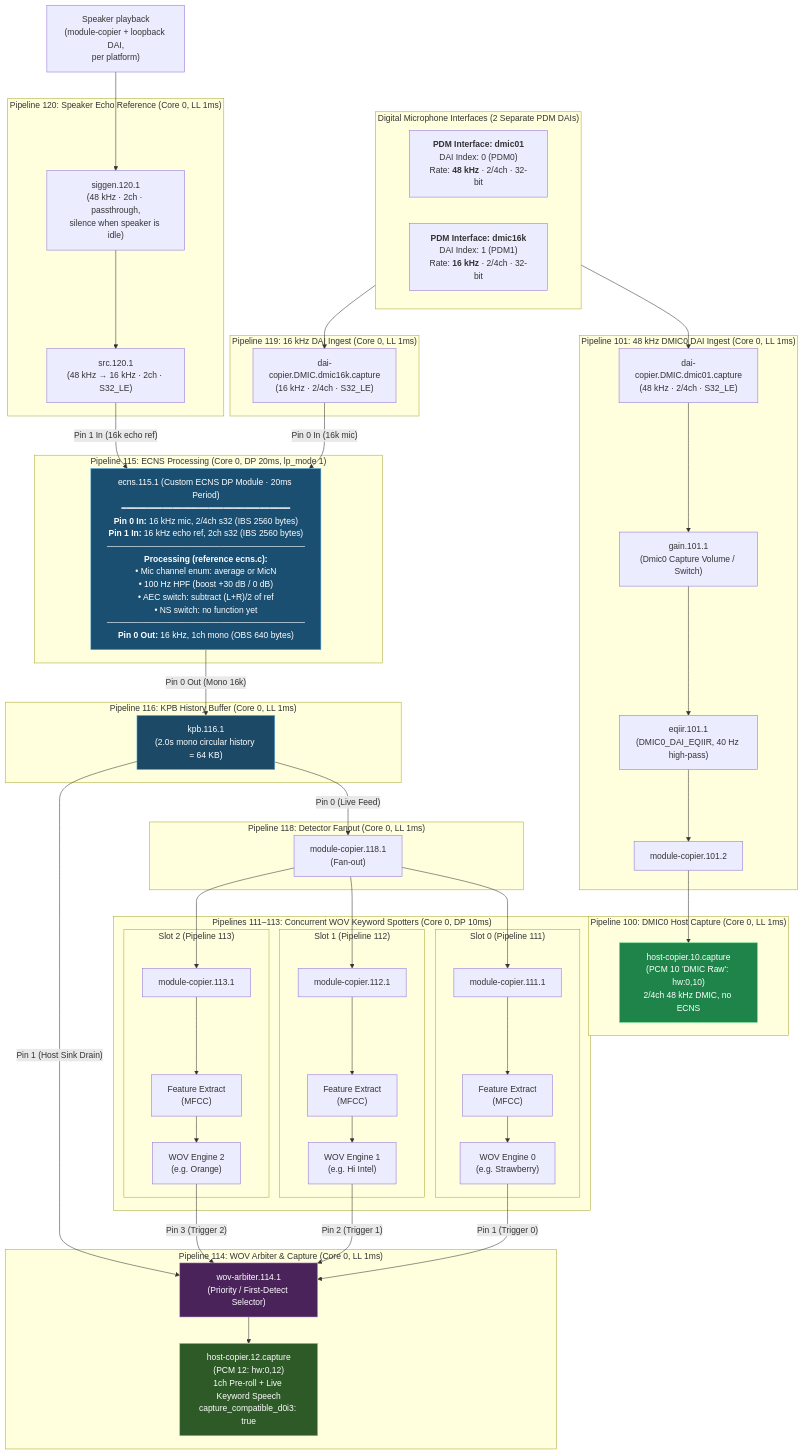
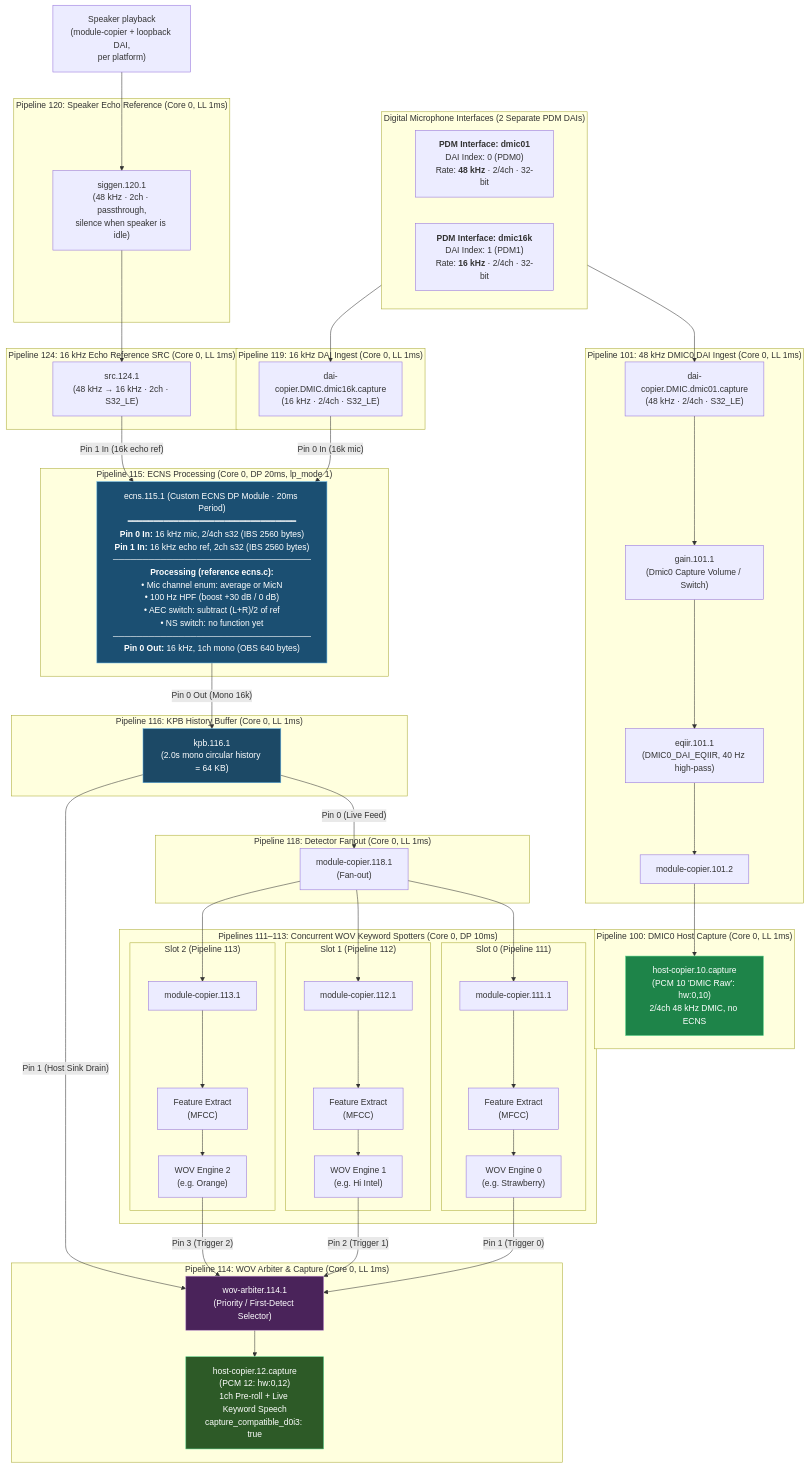
The first of 4 diagrams in doc/developer_guides/wov_ecns_integration_guide.md (thesofproject/sof), drawn with Mermaid before and after one commit. The commit also changed other lines of this file and 13 other files, not shown here.

```diff
--- a/doc/developer_guides/wov_ecns_integration_guide.md
+++ b/doc/developer_guides/wov_ecns_integration_guide.md
@@ -55,9 +55,11 @@
     SPK["Speaker playback<br/>(module-copier + loopback DAI,<br/>per platform)"]
     subgraph P120 ["Pipeline 120: Speaker Echo Reference (Core 0, LL 1ms)"]
         SIGGEN["siggen.120.1<br/>(48 kHz · 2ch · passthrough,<br/>silence when speaker is idle)"]
-        SRC_120["src.120.1<br/>(48 kHz → 16 kHz · 2ch · S32_LE)"]
-        SIGGEN --> SRC_120
     end
+    subgraph P124 ["Pipeline 124: 16 kHz Echo Reference SRC (Core 0, LL 1ms)"]
+        SRC_120["src.124.1<br/>(48 kHz → 16 kHz · 2ch · S32_LE)"]
+    end
+    SIGGEN --> SRC_120
     SPK --> SIGGEN
 
     %% Pipeline 115: ECNS DP Pipeline
```
